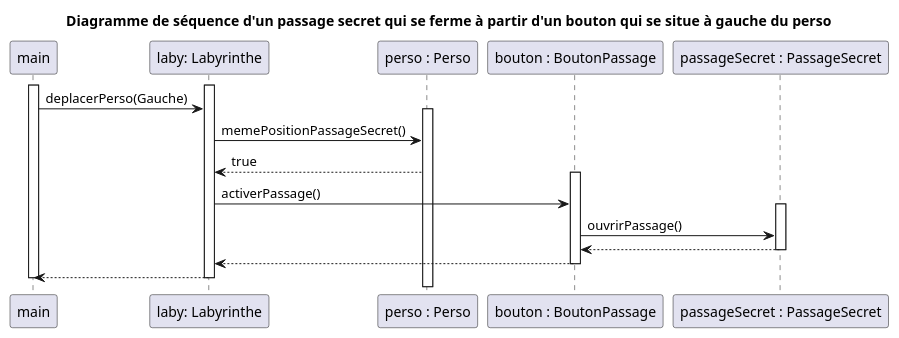
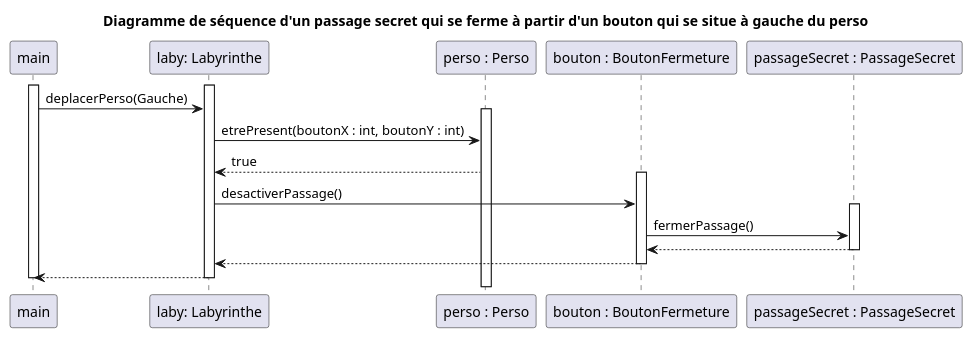
One commit to Zhi-Sheng-Trieu/2022_Zeldiablo_Doan_Oudin_Trieu_Noel changed the diagram in documents/version_3/diagSeq_fermeturePassageSecret.puml. Above: the diagram before and after it, drawn with PlantUML. The commit also changed 3 other files, not shown here.

Commit message:
Modif diagrammes de séquence

```diff
--- a/documents/version_3/diagSeq_fermeturePassageSecret.puml
+++ b/documents/version_3/diagSeq_fermeturePassageSecret.puml
@@ -1,29 +1,29 @@
 @startuml
 'https://plantuml.com/sequence-diagram
 
 title Diagramme de séquence d'un passage secret qui se ferme à partir d'un bouton qui se situe à gauche du perso
 
 participant "main" as main
 participant "laby: Labyrinthe" as laby
 participant "perso : Perso" as perso
-participant "bouton : BoutonPassage" as bouton
+participant "bouton : BoutonFermeture" as bouton
 participant "passageSecret : PassageSecret" as passageSecret
 
 activate main
     activate laby
         main -> laby : deplacerPerso(Gauche)
         activate perso
-        laby -> perso : memePositionPassageSecret()
+        laby -> perso : etrePresent(boutonX : int, boutonY : int)
         perso --> laby : true
         activate bouton
-        laby -> bouton : activerPassage()
+        laby -> bouton : desactiverPassage()
         activate passageSecret
-            bouton -> passageSecret : ouvrirPassage()
+            bouton -> passageSecret : fermerPassage()
             passageSecret --> bouton
         deactivate passageSecret
         bouton --> laby
         deactivate bouton
         laby --> main
     deactivate laby
 deactivate main
 @enduml
```
